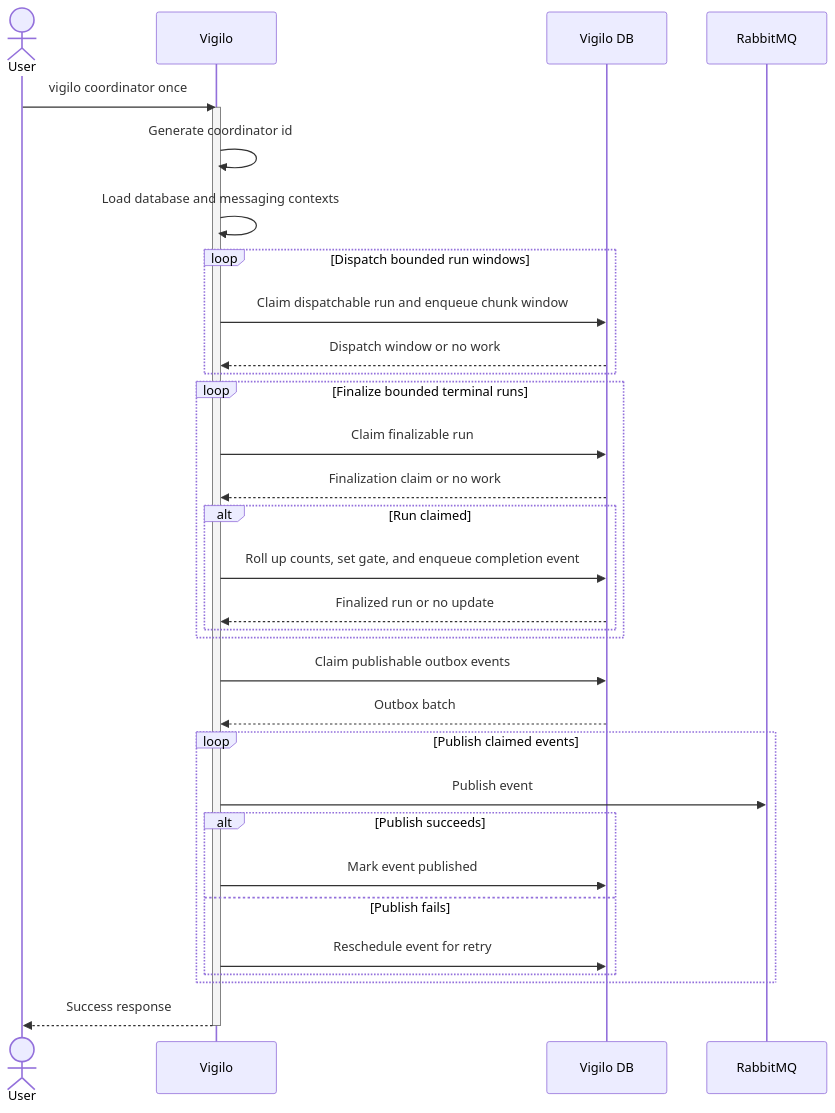
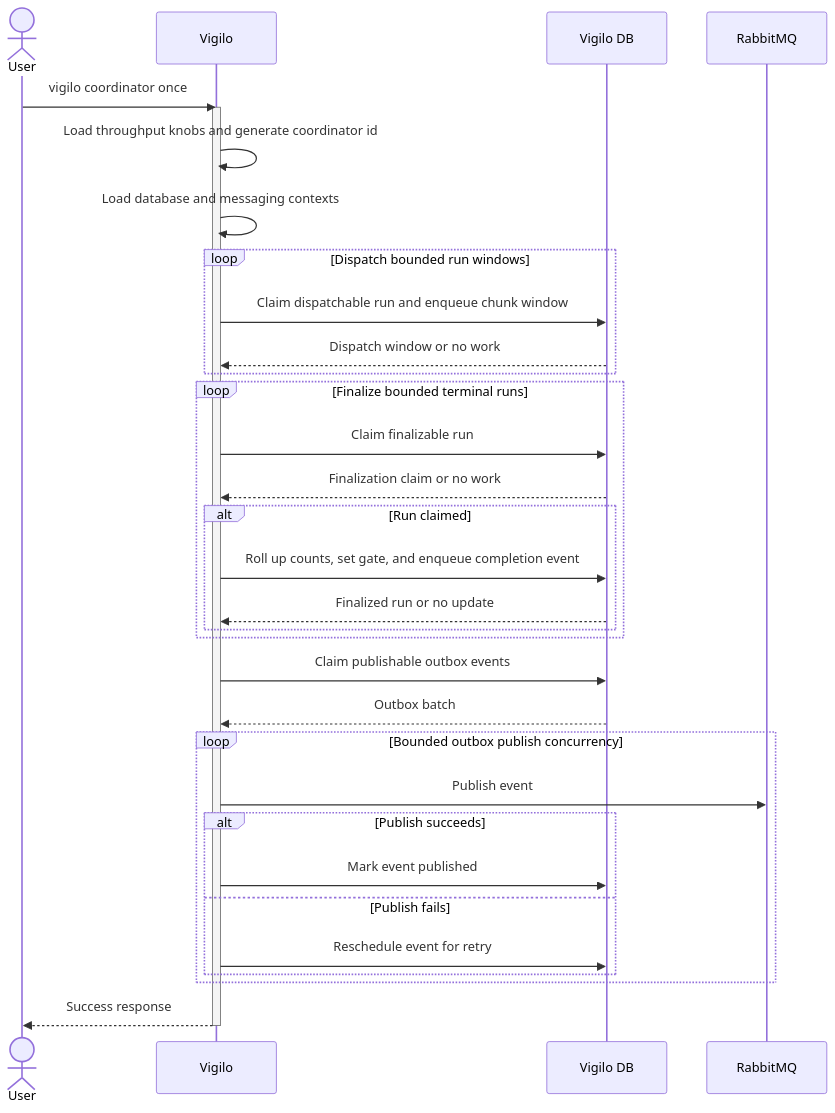
One commit to gregl83/agent-vigilo changed the diagram in web/docs/architecture/flows/coordinator/once/execution-flow.mmd. Above: the diagram before and after it, drawn with Mermaid. The commit also changed 15 other files, not shown here.

```diff
--- a/web/docs/architecture/flows/coordinator/once/execution-flow.mmd
+++ b/web/docs/architecture/flows/coordinator/once/execution-flow.mmd
@@ -1,47 +1,47 @@
 ---
 config:
   flowchart:
     nodeSpacing: 150
     rankSpacing: 80
   themeVariables:
     edgeLabelBackground: 'transparent'
 ---
 sequenceDiagram
     actor User
     participant Vigilo
     participant DB as Vigilo DB
     participant Queue as RabbitMQ
 
     User->>Vigilo: vigilo coordinator once
     activate Vigilo
-    Vigilo->>Vigilo: Generate coordinator id
+    Vigilo->>Vigilo: Load throughput knobs and generate coordinator id
     Vigilo->>Vigilo: Load database and messaging contexts
 
     loop Dispatch bounded run windows
         Vigilo->>DB: Claim dispatchable run and enqueue chunk window
         DB-->>Vigilo: Dispatch window or no work
     end
 
     loop Finalize bounded terminal runs
         Vigilo->>DB: Claim finalizable run
         DB-->>Vigilo: Finalization claim or no work
         alt Run claimed
             Vigilo->>DB: Roll up counts, set gate, and enqueue completion event
             DB-->>Vigilo: Finalized run or no update
         end
     end
 
     Vigilo->>DB: Claim publishable outbox events
     DB-->>Vigilo: Outbox batch
 
-    loop Publish claimed events
+    loop Bounded outbox publish concurrency
         Vigilo->>Queue: Publish event
         alt Publish succeeds
             Vigilo->>DB: Mark event published
         else Publish fails
             Vigilo->>DB: Reschedule event for retry
         end
     end
 
     Vigilo-->>User: Success response
     deactivate Vigilo
```
